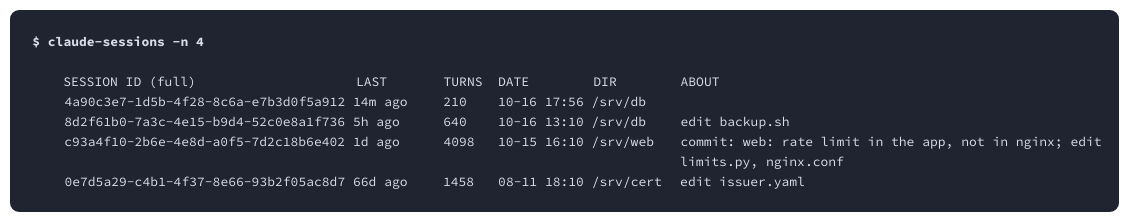
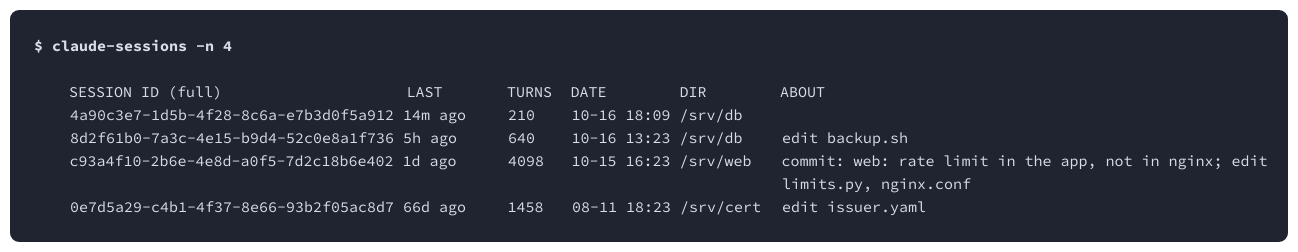
The diagram in docs/list.d2 (vadbosh/ide-sessions), drawn with D2 before and after one commit. The commit also changed 4 other files, not shown here.

```diff
--- a/docs/list.d2
+++ b/docs/list.d2
@@ -10,10 +10,10 @@
     grid-gap: 0
     style: {fill: transparent; stroke-width: 0}
     c0: ' ' {
-      width: 8
-      height: 20
+      width: 9
+      height: 23
       label.near: center-left
-      style: {fill: transparent; stroke-width: 0; font: mono; font-size: 13; font-color: "#d8dee9"; bold: false}
+      style: {fill: transparent; stroke-width: 0; font: mono; font-size: 15; font-color: "#d8dee9"; bold: false}
     }
   }
   l1: "" {
@@ -22,22 +22,22 @@
     grid-gap: 0
     style: {fill: transparent; stroke-width: 0}
     c0: ' ' {
-      width: 16
-      height: 20
+      width: 18
+      height: 23
       label.near: center-left
-      style: {fill: transparent; stroke-width: 0; font: mono; font-size: 13; font-color: "#d8dee9"; bold: false}
+      style: {fill: transparent; stroke-width: 0; font: mono; font-size: 15; font-color: "#d8dee9"; bold: false}
     }
     c1: '$ claude-sessions -n 4' {
-      width: 174
-      height: 20
+      width: 201
+      height: 23
       label.near: center-left
-      style: {fill: transparent; stroke-width: 0; font: mono; font-size: 13; font-color: "#d8dee9"; bold: true}
+      style: {fill: transparent; stroke-width: 0; font: mono; font-size: 15; font-color: "#d8dee9"; bold: true}
     }
     c2: ' ' {
-      width: 16
-      height: 20
+      width: 18
+      height: 23
       label.near: center-left
-      style: {fill: transparent; stroke-width: 0; font: mono; font-size: 13; font-color: "#d8dee9"; bold: false}
+      style: {fill: transparent; stroke-width: 0; font: mono; font-size: 15; font-color: "#d8dee9"; bold: false}
     }
   }
   l2: "" {
@@ -46,22 +46,22 @@
     grid-gap: 0
     style: {fill: transparent; stroke-width: 0}
     c0: ' ' {
-      width: 16
-      height: 20
+      width: 18
+      height: 23
       label.near: center-left
-      style: {fill: transparent; stroke-width: 0; font: mono; font-size: 13; font-color: "#d8dee9"; bold: false}
+      style: {fill: transparent; stroke-width: 0; font: mono; font-size: 15; font-color: "#d8dee9"; bold: false}
     }
     c1: ' ' {
-      width: 8
-      height: 20
+      width: 9
+      height: 23
       label.near: center-left
-      style: {fill: transparent; stroke-width: 0; font: mono; font-size: 13; font-color: "#d8dee9"; bold: false}
+      style: {fill: transparent; stroke-width: 0; font: mono; font-size: 15; font-color: "#d8dee9"; bold: false}
     }
     c2: ' ' {
-      width: 16
-      height: 20
+      width: 18
+      height: 23
       label.near: center-left
-      style: {fill: transparent; stroke-width: 0; font: mono; font-size: 13; font-color: "#d8dee9"; bold: false}
+      style: {fill: transparent; stroke-width: 0; font: mono; font-size: 15; font-color: "#d8dee9"; bold: false}
     }
   }
   l3: "" {
@@ -70,58 +70,58 @@
     grid-gap: 0
     style: {fill: transparent; stroke-width: 0}
     c0: ' ' {
-      width: 16
-      height: 20
+      width: 18
+      height: 23
       label.near: center-left
-      style: {fill: transparent; stroke-width: 0; font: mono; font-size: 13; font-color: "#d8dee9"; bold: false}
+      style: {fill: transparent; stroke-width: 0; font: mono; font-size: 15; font-color: "#d8dee9"; bold: false}
     }
     c1: ' ' {
-      width: 32
-      height: 20
+      width: 36
+      height: 23
       label.near: center-left
-      style: {fill: transparent; stroke-width: 0; font: mono; font-size: 13; font-color: "#d8dee9"; bold: false}
+      style: {fill: transparent; stroke-width: 0; font: mono; font-size: 15; font-color: "#d8dee9"; bold: false}
     }
     c2: 'SESSION ID (full)' {
-      width: 292
-      height: 20
+      width: 337
+      height: 23
       label.near: center-left
-      style: {fill: transparent; stroke-width: 0; font: mono; font-size: 13; font-color: "#d8dee9"; bold: false}
+      style: {fill: transparent; stroke-width: 0; font: mono; font-size: 15; font-color: "#d8dee9"; bold: false}
     }
     c3: 'LAST' {
-      width: 87
-      height: 20
+      width: 100
+      height: 23
       label.near: center-left
-      style: {fill: transparent; stroke-width: 0; font: mono; font-size: 13; font-color: "#d8dee9"; bold: false}
+      style: {fill: transparent; stroke-width: 0; font: mono; font-size: 15; font-color: "#d8dee9"; bold: false}
     }
     c4: 'TURNS' {
-      width: 55
-      height: 20
+      width: 64
+      height: 23
       label.near: center-left
-      style: {fill: transparent; stroke-width: 0; font: mono; font-size: 13; font-color: "#d8dee9"; bold: false}
+      style: {fill: transparent; stroke-width: 0; font: mono; font-size: 15; font-color: "#d8dee9"; bold: false}
     }
     c5: 'DATE' {
-      width: 95
-      height: 20
+      width: 109
+      height: 23
       label.near: center-left
-      style: {fill: transparent; stroke-width: 0; font: mono; font-size: 13; font-color: "#d8dee9"; bold: false}
+      style: {fill: transparent; stroke-width: 0; font: mono; font-size: 15; font-color: "#d8dee9"; bold: false}
     }
     c6: 'DIR' {
-      width: 87
-      height: 20
+      width: 100
+      height: 23
       label.near: center-left
-      style: {fill: transparent; stroke-width: 0; font: mono; font-size: 13; font-color: "#d8dee9"; bold: false}
+      style: {fill: transparent; stroke-width: 0; font: mono; font-size: 15; font-color: "#d8dee9"; bold: false}
     }
     c7: 'ABOUT' {
-      width: 40
-      height: 20
+      width: 46
+      height: 23
       label.near: center-left
-      style: {fill: transparent; stroke-width: 0; font: mono; font-size: 13; font-color: "#d8dee9"; bold: false}
+      style: {fill: transparent; stroke-width: 0; font: mono; font-size: 15; font-color: "#d8dee9"; bold: false}
     }
     c8: ' ' {
-      width: 16
-      height: 20
+      width: 18
+      height: 23
       label.near: center-left
-      style: {fill: transparent; stroke-width: 0; font: mono; font-size: 13; font-color: "#d8dee9"; bold: false}
+      style: {fill: transparent; stroke-width: 0; font: mono; font-size: 15; font-color: "#d8dee9"; bold: false}
     }
   }
   l4: "" {
@@ -130,40 +130,40 @@
     grid-gap: 0
     style: {fill: transparent; stroke-width: 0}
     c0: ' ' {
-      width: 16
-      height: 20
+      width: 18
+      height: 23
       label.near: center-left
-      style: {fill: transparent; stroke-width: 0; font: mono; font-size: 13; font-color: "#d8dee9"; bold: false}
+      style: {fill: transparent; stroke-width: 0; font: mono; font-size: 15; font-color: "#d8dee9"; bold: false}
     }
     c1: ' ' {
-      width: 32
-      height: 20
+      width: 36
+      height: 23
       label.near: center-left
-      style: {fill: transparent; stroke-width: 0; font: mono; font-size: 13; font-color: "#d8dee9"; bold: false}
+      style: {fill: transparent; stroke-width: 0; font: mono; font-size: 15; font-color: "#d8dee9"; bold: false}
     }
     c2: '4a90c3e7-1d5b-4f28-8c6a-e7b3d0f5a912 14m ago' {
-      width: 379
-      height: 20
+      width: 438
+      height: 23
       label.near: center-left
-      style: {fill: transparent; stroke-width: 0; font: mono; font-size: 13; font-color: "#d8dee9"; bold: false}
+      style: {fill: transparent; stroke-width: 0; font: mono; font-size: 15; font-color: "#d8dee9"; bold: false}
     }
     c3: '210' {
-      width: 55
-      height: 20
+      width: 64
+      height: 23
       label.near: center-left
-      style: {fill: transparent; stroke-width: 0; font: mono; font-size: 13; font-color: "#d8dee9"; bold: false}
+      style: {fill: transparent; stroke-width: 0; font: mono; font-size: 15; font-color: "#d8dee9"; bold: false}
     }
-    c4: '10-16 17:56 /srv/db' {
-      width: 182
-      height: 20
+    c4: '10-16 18:09 /srv/db' {
+      width: 210
+      height: 23
       label.near: center-left
-      style: {fill: transparent; stroke-width: 0; font: mono; font-size: 13; font-color: "#d8dee9"; bold: false}
+      style: {fill: transparent; stroke-width: 0; font: mono; font-size: 15; font-color: "#d8dee9"; bold: false}
     }
     c5: ' ' {
-      width: 16
-      height: 20
+      width: 18
+      height: 23
       label.near: center-left
-      style: {fill: transparent; stroke-width: 0; font: mono; font-size: 13; font-color: "#d8dee9"; bold: false}
+      style: {fill: transparent; stroke-width: 0; font: mono; font-size: 15; font-color: "#d8dee9"; bold: false}
     }
   }
   l5: "" {
@@ -172,46 +172,46 @@
     grid-gap: 0
     style: {fill: transparent; stroke-width: 0}
     c0: ' ' {
-      width: 16
-      height: 20
+      width: 18
+      height: 23
       label.near: center-left
-      style: {fill: transparent; stroke-width: 0; font: mono; font-size: 13; font-color: "#d8dee9"; bold: false}
+      style: {fill: transparent; stroke-width: 0; font: mono; font-size: 15; font-color: "#d8dee9"; bold: false}
     }
     c1: ' ' {
-      width: 32
-      height: 20
+      width: 36
+      height: 23
       label.near: center-left
-      style: {fill: transparent; stroke-width: 0; font: mono; font-size: 13; font-color: "#d8dee9"; bold: false}
+      style: {fill: transparent; stroke-width: 0; font: mono; font-size: 15; font-color: "#d8dee9"; bold: false}
     }
     c2: '8d2f61b0-7a3c-4e15-b9d4-52c0e8a1f736 5h ago' {
-      width: 379
-      height: 20
+      width: 438
+      height: 23
       label.near: center-left
-      style: {fill: transparent; stroke-width: 0; font: mono; font-size: 13; font-color: "#d8dee9"; bold: false}
+      style: {fill: transparent; stroke-width: 0; font: mono; font-size: 15; font-color: "#d8dee9"; bold: false}
     }
     c3: '640' {
-      width: 55
-      height: 20
+      width: 64
+      height: 23
       label.near: center-left
-      style: {fill: transparent; stroke-width: 0; font: mono; font-size: 13; font-color: "#d8dee9"; bold: false}
+      style: {fill: transparent; stroke-width: 0; font: mono; font-size: 15; font-color: "#d8dee9"; bold: false}
     }
-    c4: '10-16 13:10 /srv/db' {
-      width: 182
-      height: 20
+    c4: '10-16 13:23 /srv/db' {
+      width: 210
+      height: 23
       label.near: center-left
-      style: {fill: transparent; stroke-width: 0; font: mono; font-size: 13; font-color: "#d8dee9"; bold: false}
+      style: {fill: transparent; stroke-width: 0; font: mono; font-size: 15; font-color: "#d8dee9"; bold: false}
     }
     c5: 'edit backup.sh' {
-      width: 111
-      height: 20
+      width: 128
+      height: 23
       label.near: center-left
-      style: {fill: transparent; stroke-width: 0; font: mono; font-size: 13; font-color: "#d8dee9"; bold: false}
+      style: {fill: transparent; stroke-width: 0; font: mono; font-size: 15; font-color: "#d8dee9"; bold: false}
     }
     c6: ' ' {
-      width: 16
-      height: 20
+      width: 18
+      height: 23
       label.near: center-left
-      style: {fill: transparent; stroke-width: 0; font: mono; font-size: 13; font-color: "#d8dee9"; bold: false}
+      style: {fill: transparent; stroke-width: 0; font: mono; font-size: 15; font-color: "#d8dee9"; bold: false}
     }
   }
   l6: "" {
@@ -220,46 +220,46 @@
     grid-gap: 0
     style: {fill: transparent; stroke-width: 0}
     c0: ' ' {
-      width: 16
-      height: 20
+      width: 18
+      height: 23
       label.near: center-left
-      style: {fill: transparent; stroke-width: 0; font: mono; font-size: 13; font-color: "#d8dee9"; bold: false}
+      style: {fill: transparent; stroke-width: 0; font: mono; font-size: 15; font-color: "#d8dee9"; bold: false}
     }
     c1: ' ' {
-      width: 32
-      height: 20
+      width: 36
+      height: 23
       label.near: center-left
-      style: {fill: transparent; stroke-width: 0; font: mono; font-size: 13; font-color: "#d8dee9"; bold: false}
+      style: {fill: transparent; stroke-width: 0; font: mono; font-size: 15; font-color: "#d8dee9"; bold: false}
     }
     c2: 'c93a4f10-2b6e-4e8d-a0f5-7d2c18b6e402 1d ago' {
-      width: 379
-      height: 20
+      width: 438
+      height: 23
       label.near: center-left
-      style: {fill: transparent; stroke-width: 0; font: mono; font-size: 13; font-color: "#d8dee9"; bold: false}
+      style: {fill: transparent; stroke-width: 0; font: mono; font-size: 15; font-color: "#d8dee9"; bold: false}
     }
     c3: '4098' {
-      width: 55
-      height: 20
+      width: 64
+      height: 23
       label.near: center-left
-      style: {fill: transparent; stroke-width: 0; font: mono; font-size: 13; font-color: "#d8dee9"; bold: false}
+      style: {fill: transparent; stroke-width: 0; font: mono; font-size: 15; font-color: "#d8dee9"; bold: false}
     }
-    c4: '10-15 16:10 /srv/web' {
-      width: 182
-      height: 20
+    c4: '10-15 16:23 /srv/web' {
+      width: 210
+      height: 23
       label.near: center-left
-      style: {fill: transparent; stroke-width: 0; font: mono; font-size: 13; font-color: "#d8dee9"; bold: false}
+      style: {fill: transparent; stroke-width: 0; font: mono; font-size: 15; font-color: "#d8dee9"; bold: false}
     }
     c5: 'commit: web: rate limit in the app, not in nginx; edit' {
-      width: 427
-      height: 20
+      width: 492
+      height: 23
       label.near: center-left
-      style: {fill: transparent; stroke-width: 0; font: mono; font-size: 13; font-color: "#d8dee9"; bold: false}
+      style: {fill: transparent; stroke-width: 0; font: mono; font-size: 15; font-color: "#d8dee9"; bold: false}
     }
     c6: ' ' {
-      width: 16
-      height: 20
+      width: 18
+      height: 23
       label.near: center-left
-      style: {fill: transparent; stroke-width: 0; font: mono; font-size: 13; font-color: "#d8dee9"; bold: false}
+      style: {fill: transparent; stroke-width: 0; font: mono; font-size: 15; font-color: "#d8dee9"; bold: false}
     }
   }
   l7: "" {
@@ -268,28 +268,28 @@
     grid-gap: 0
     style: {fill: transparent; stroke-width: 0}
     c0: ' ' {
-      width: 16
-      height: 20
+      width: 18
+      height: 23
       label.near: center-left
-      style: {fill: transparent; stroke-width: 0; font: mono; font-size: 13; font-color: "#d8dee9"; bold: false}
+      style: {fill: transparent; stroke-width: 0; font: mono; font-size: 15; font-color: "#d8dee9"; bold: false}
     }
     c1: ' ' {
-      width: 648
-      height: 20
+      width: 748
+      height: 23
       label.near: center-left
-      style: {fill: transparent; stroke-width: 0; font: mono; font-size: 13; font-color: "#d8dee9"; bold: false}
+      style: {fill: transparent; stroke-width: 0; font: mono; font-size: 15; font-color: "#d8dee9"; bold: false}
     }
     c2: 'limits.py, nginx.conf' {
-      width: 166
-      height: 20
+      width: 192
+      height: 23
       label.near: center-left
-      style: {fill: transparent; stroke-width: 0; font: mono; font-size: 13; font-color: "#d8dee9"; bold: false}
+      style: {fill: transparent; stroke-width: 0; font: mono; font-size: 15; font-color: "#d8dee9"; bold: false}
     }
     c3: ' ' {
-      width: 16
-      height: 20
+      width: 18
+      height: 23
       label.near: center-left
-      style: {fill: transparent; stroke-width: 0; font: mono; font-size: 13; font-color: "#d8dee9"; bold: false}
+      style: {fill: transparent; stroke-width: 0; font: mono; font-size: 15; font-color: "#d8dee9"; bold: false}
     }
   }
   l8: "" {
@@ -298,46 +298,46 @@
     grid-gap: 0
     style: {fill: transparent; stroke-width: 0}
     c0: ' ' {
-      width: 16
-      height: 20
+      width: 18
+      height: 23
       label.near: center-left
-      style: {fill: transparent; stroke-width: 0; font: mono; font-size: 13; font-color: "#d8dee9"; bold: false}
+      style: {fill: transparent; stroke-width: 0; font: mono; font-size: 15; font-color: "#d8dee9"; bold: false}
     }
     c1: ' ' {
-      width: 32
-      height: 20
+      width: 36
+      height: 23
       label.near: center-left
-      style: {fill: transparent; stroke-width: 0; font: mono; font-size: 13; font-color: "#d8dee9"; bold: false}
+      style: {fill: transparent; stroke-width: 0; font: mono; font-size: 15; font-color: "#d8dee9"; bold: false}
     }
     c2: '0e7d5a29-c4b1-4f37-8e66-93b2f05ac8d7 66d ago' {
-      width: 379
-      height: 20
+      width: 438
+      height: 23
       label.near: center-left
-      style: {fill: transparent; stroke-width: 0; font: mono; font-size: 13; font-color: "#d8dee9"; bold: false}
+      style: {fill: transparent; stroke-width: 0; font: mono; font-size: 15; font-color: "#d8dee9"; bold: false}
     }
     c3: '1458' {
-      width: 55
-      height: 20
+      width: 64
+      height: 23
       label.near: center-left
-      style: {fill: transparent; stroke-width: 0; font: mono; font-size: 13; font-color: "#d8dee9"; bold: false}
+      style: {fill: transparent; stroke-width: 0; font: mono; font-size: 15; font-color: "#d8dee9"; bold: false}
     }
-    c4: '08-11 18:10 /srv/cert' {
-      width: 182
-      height: 20
+    c4: '08-11 18:23 /srv/cert' {
+      width: 210
+      height: 23
       label.near: center-left
-      style: {fill: transparent; stroke-width: 0; font: mono; font-size: 13; font-color: "#d8dee9"; bold: false}
+      style: {fill: transparent; stroke-width: 0; font: mono; font-size: 15; font-color: "#d8dee9"; bold: false}
     }
     c5: 'edit issuer.yaml' {
-      width: 126
-      height: 20
+      width: 146
+      height: 23
       label.near: center-left
-      style: {fill: transparent; stroke-width: 0; font: mono; font-size: 13; font-color: "#d8dee9"; bold: false}
+      style: {fill: transparent; stroke-width: 0; font: mono; font-size: 15; font-color: "#d8dee9"; bold: false}
     }
     c6: ' ' {
-      width: 16
-      height: 20
+      width: 18
+      height: 23
       label.near: center-left
-      style: {fill: transparent; stroke-width: 0; font: mono; font-size: 13; font-color: "#d8dee9"; bold: false}
+      style: {fill: transparent; stroke-width: 0; font: mono; font-size: 15; font-color: "#d8dee9"; bold: false}
     }
   }
   l9: "" {
@@ -346,10 +346,10 @@
     grid-gap: 0
     style: {fill: transparent; stroke-width: 0}
     c0: ' ' {
-      width: 8
-      height: 20
+      width: 9
+      height: 23
       label.near: center-left
-      style: {fill: transparent; stroke-width: 0; font: mono; font-size: 13; font-color: "#d8dee9"; bold: false}
+      style: {fill: transparent; stroke-width: 0; font: mono; font-size: 15; font-color: "#d8dee9"; bold: false}
     }
   }
 }
```
